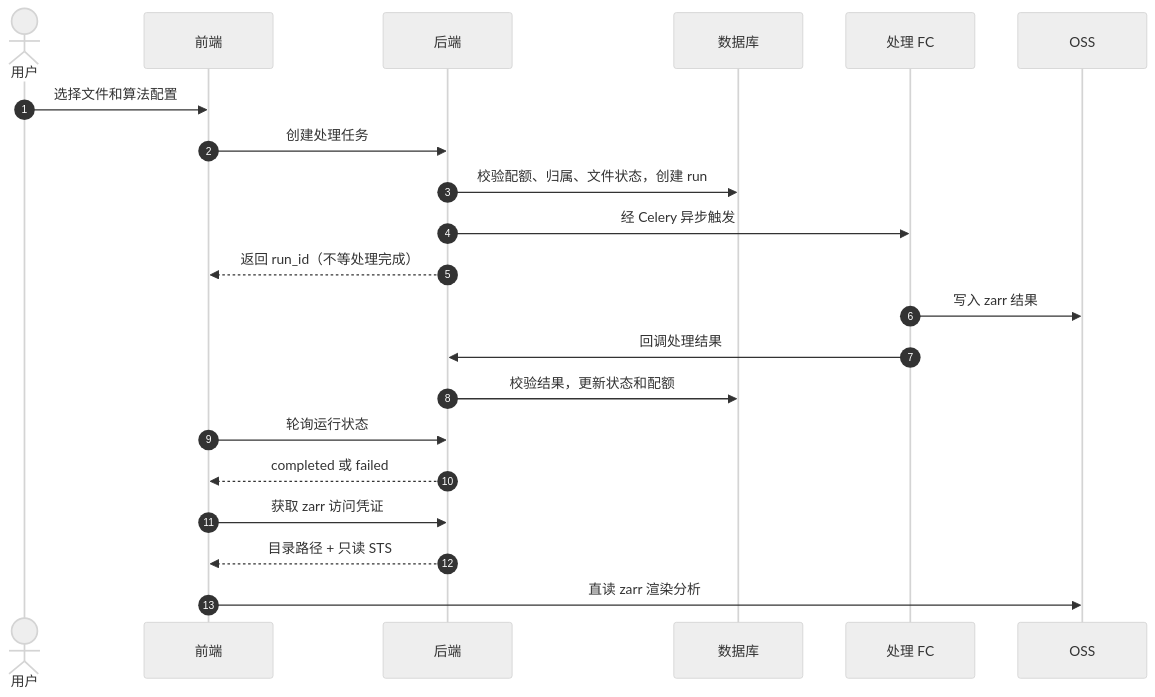
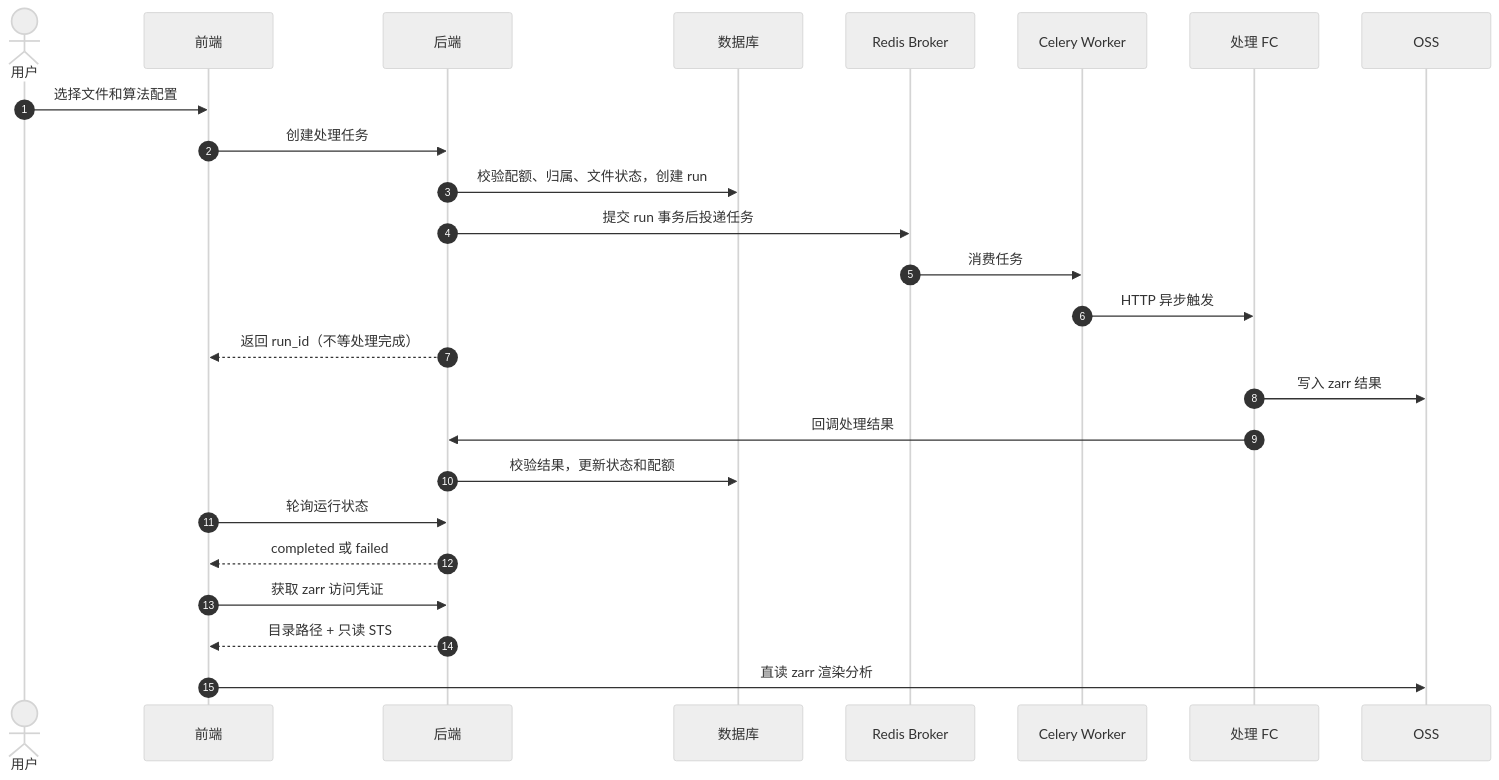
The second of 3 diagrams in docs/zh/核心业务API架构-算法处理.md (NeoNexusX/Kawaru), drawn with Mermaid (neutral theme) before and after one commit. The commit also changed other lines of this file and 27 other files, not shown here.

First line of the commit message:
feat: Update API documentation and architecture for user authentication, task processing, and statistics

````diff
--- a/docs/zh/核心业务API架构-算法处理.md
+++ b/docs/zh/核心业务API架构-算法处理.md
@@ -64,24 +65,28 @@
 ```mermaid
 sequenceDiagram
     autonumber
     actor User as 用户
     participant FE as 前端
     participant API as 后端
     participant DB as 数据库
+    participant Broker as Redis Broker
+    participant Worker as Celery Worker
     participant FC as 处理 FC
     participant OSS as OSS
 
     User->>FE: 选择文件和算法配置
     FE->>API: 创建处理任务
     API->>DB: 校验配额、归属、文件状态，创建 run
-    API->>FC: 经 Celery 异步触发
+    API->>Broker: 提交 run 事务后投递任务
+    Broker->>Worker: 消费任务
+    Worker->>FC: HTTP 异步触发
     API-->>FE: 返回 run_id（不等处理完成）
     FC->>OSS: 写入 zarr 结果
     FC->>API: 回调处理结果
     API->>DB: 校验结果，更新状态和配额
     FE->>API: 轮询运行状态
     API-->>FE: completed 或 failed
     FE->>API: 获取 zarr 访问凭证
     API-->>FE: 目录路径 + 只读 STS
     FE->>OSS: 直读 zarr 渲染分析
 ```
````
